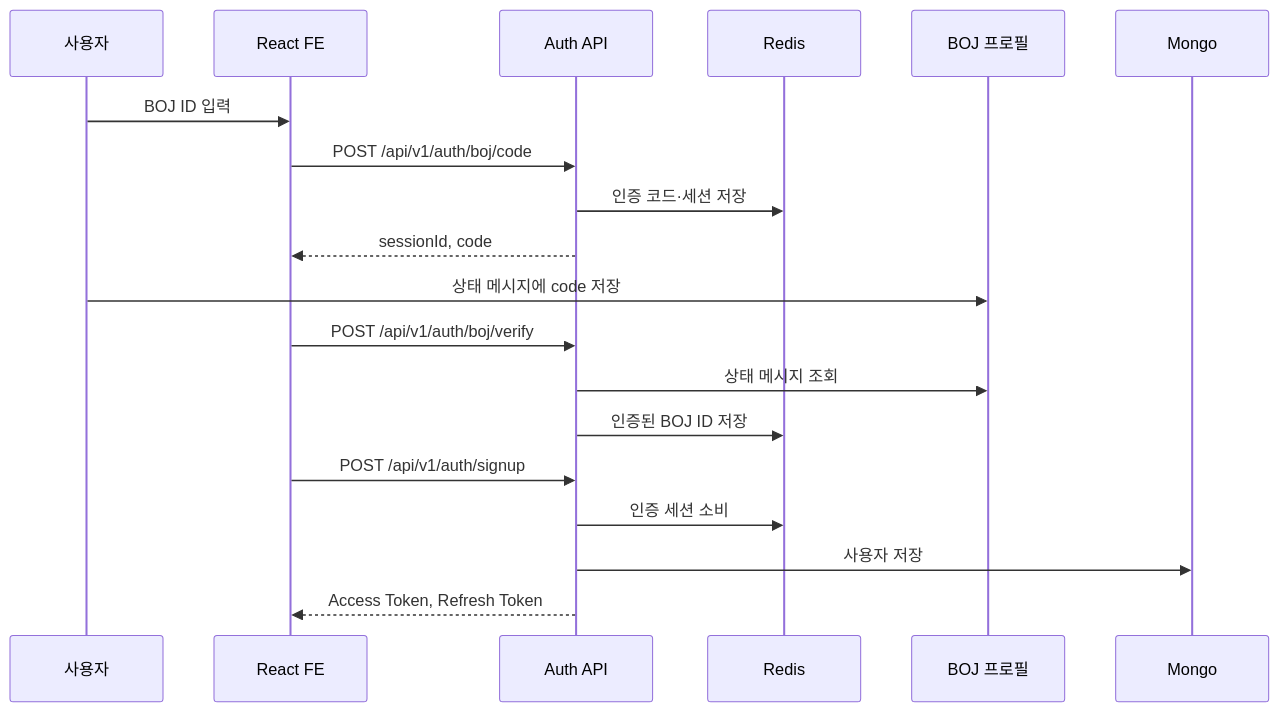
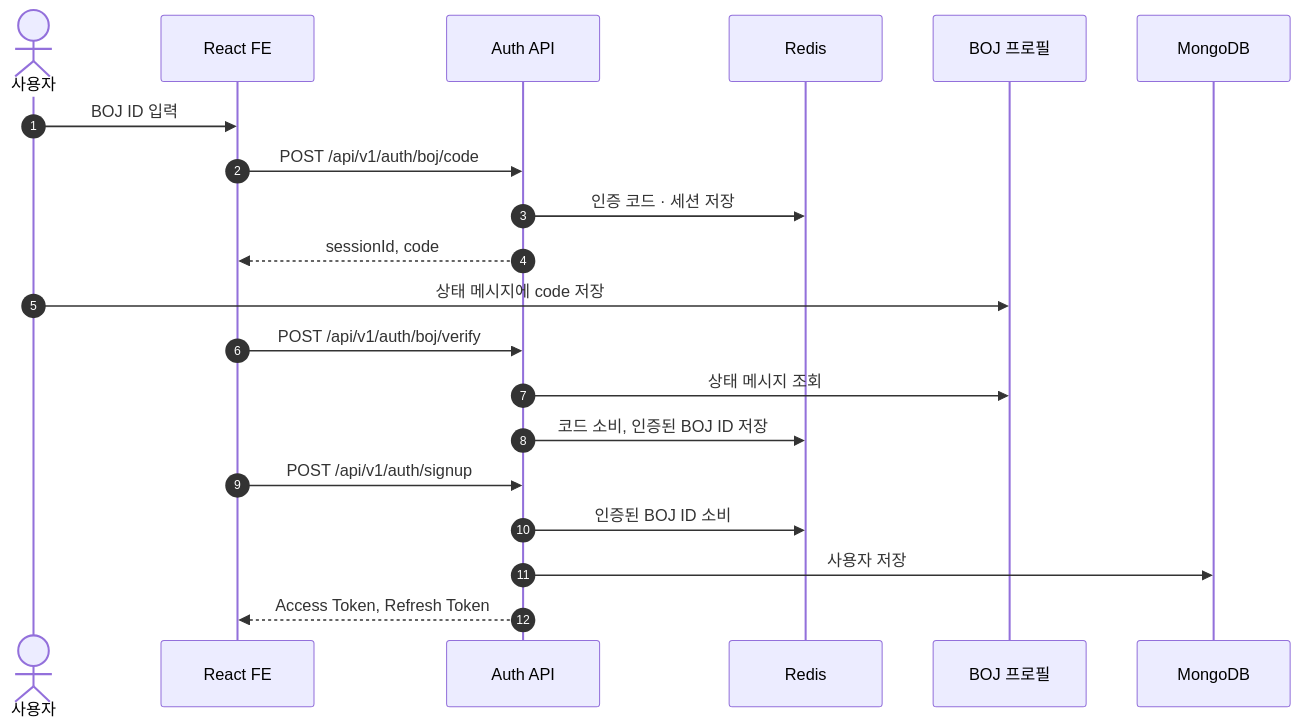
One commit to didim-log/didim-log-BE changed the first of 2 diagrams in README.md. Above: the diagram before and after it, drawn with Mermaid. The commit also changed other lines of this file and 5 other files, not shown here.

````diff
--- a/README.md
+++ b/README.md
@@ -84,22 +38,23 @@
 ```mermaid
 sequenceDiagram
-    participant User as 사용자
+    autonumber
+    actor User as 사용자
     participant FE as React FE
     participant API as Auth API
     participant Redis
     participant BOJ as BOJ 프로필
-    participant Mongo
+    participant Mongo as MongoDB
 
     User->>FE: BOJ ID 입력
     FE->>API: POST /api/v1/auth/boj/code
-    API->>Redis: 인증 코드·세션 저장
+    API->>Redis: 인증 코드 · 세션 저장
     API-->>FE: sessionId, code
     User->>BOJ: 상태 메시지에 code 저장
     FE->>API: POST /api/v1/auth/boj/verify
     API->>BOJ: 상태 메시지 조회
-    API->>Redis: 인증된 BOJ ID 저장
+    API->>Redis: 코드 소비, 인증된 BOJ ID 저장
     FE->>API: POST /api/v1/auth/signup
-    API->>Redis: 인증 세션 소비
+    API->>Redis: 인증된 BOJ ID 소비
     API->>Mongo: 사용자 저장
     API-->>FE: Access Token, Refresh Token
 ```
````
